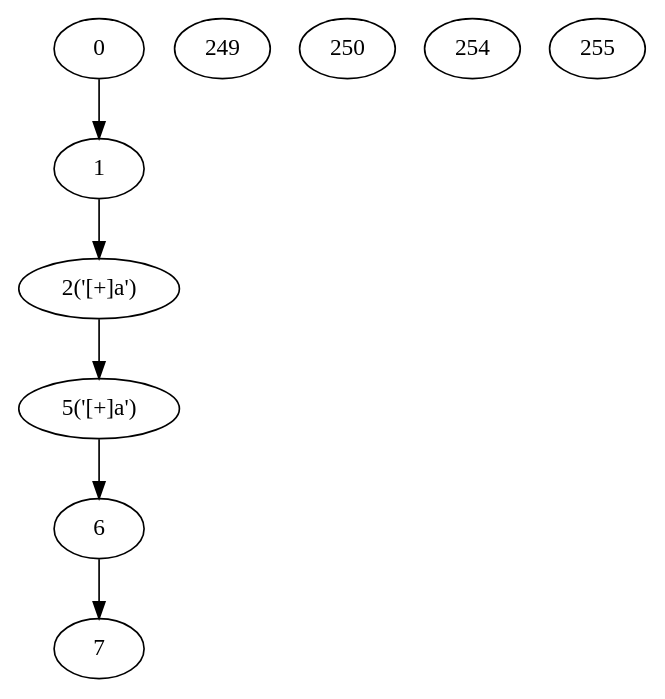
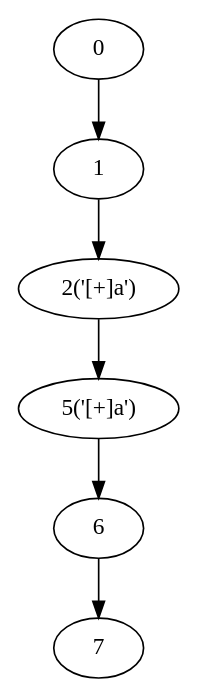
The diagram in NRegex.Test/Graphs/TestMethod13.dot (yyl-20020115/NRegEx), drawn with Graphviz before and after one commit. The commit also changed 14 other files, not shown here.

```diff
--- a/NRegex.Test/Graphs/TestMethod13.dot
+++ b/NRegex.Test/Graphs/TestMethod13.dot
@@ -1,17 +1,13 @@
 digraph g {
 	0 ;
 	1 ;
 	2 [label="2('[+]a')"];
 	5 [label="5('[+]a')"];
 	6 ;
 	7 ;
-	249 ;
-	250 ;
-	254 ;
-	255 ;
 	0->1;
 	1->2;
 	2->5;
 	5->6;
 	6->7;
 }
```
